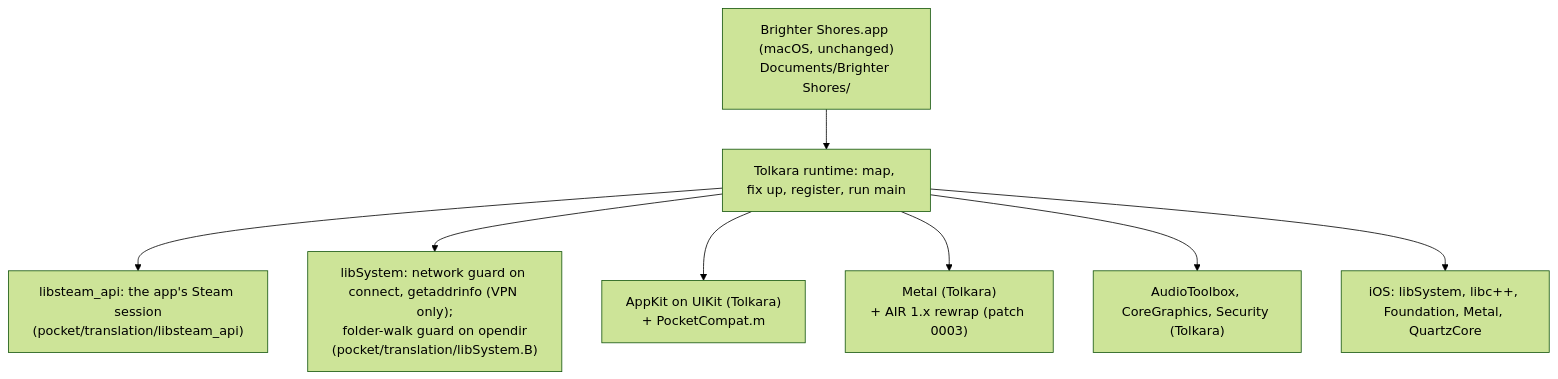
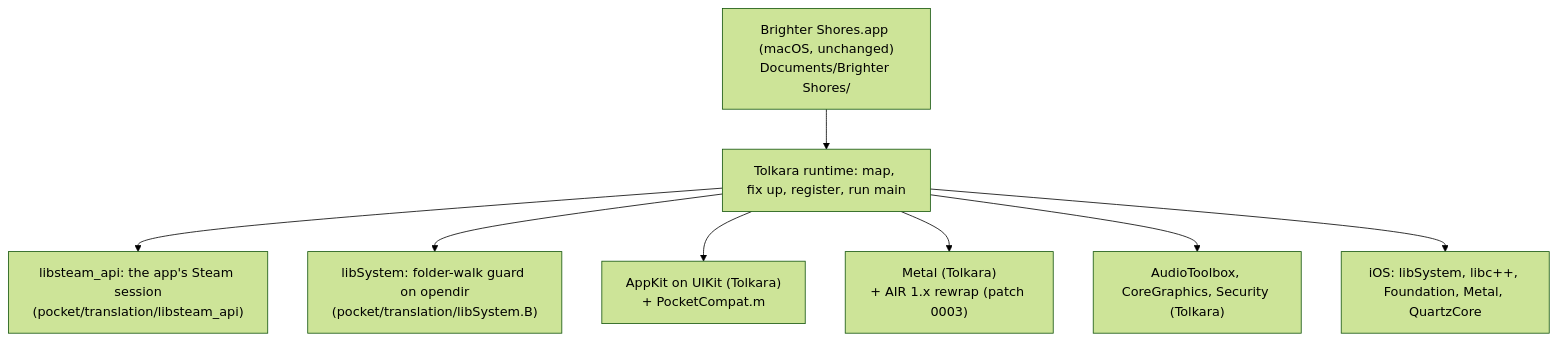
The first of 2 diagrams in docs/architecture.md (joenye/brighter-pocket), drawn with Mermaid (forest theme) before and after one commit. The commit also changed other lines of this file and 6 other files, not shown here.

````diff
--- a/docs/architecture.md
+++ b/docs/architecture.md
@@ -9,12 +12,12 @@
 ```mermaid
 flowchart TB
     client["Brighter Shores.app (macOS, unchanged)<br/>Documents/Brighter Shores/"]
     loader["Tolkara runtime: map, fix up, register, run main"]
     client --> loader
     loader --> steam["libsteam_api: the app's Steam session<br/>(pocket/translation/libsteam_api)"]
-    loader --> net["libSystem: network guard on connect, getaddrinfo (VPN only);<br/>folder-walk guard on opendir<br/>(pocket/translation/libSystem.B)"]
+    loader --> net["libSystem: folder-walk guard on opendir<br/>(pocket/translation/libSystem.B)"]
     loader --> appkit["AppKit on UIKit (Tolkara)<br/>+ PocketCompat.m"]
     loader --> metal["Metal (Tolkara)<br/>+ AIR 1.x rewrap (patch 0003)"]
     loader --> other["AudioToolbox, CoreGraphics, Security (Tolkara)"]
     loader --> ios["iOS: libSystem, libc++, Foundation, Metal, QuartzCore"]
 ```
````
